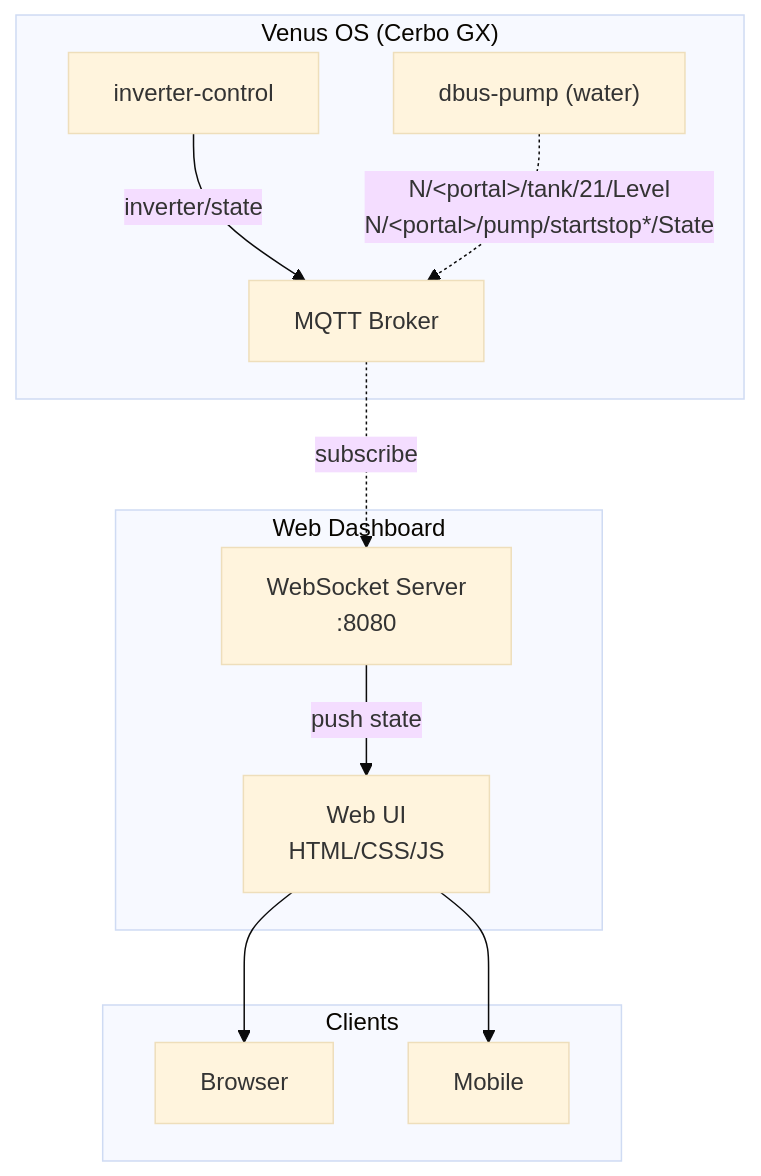
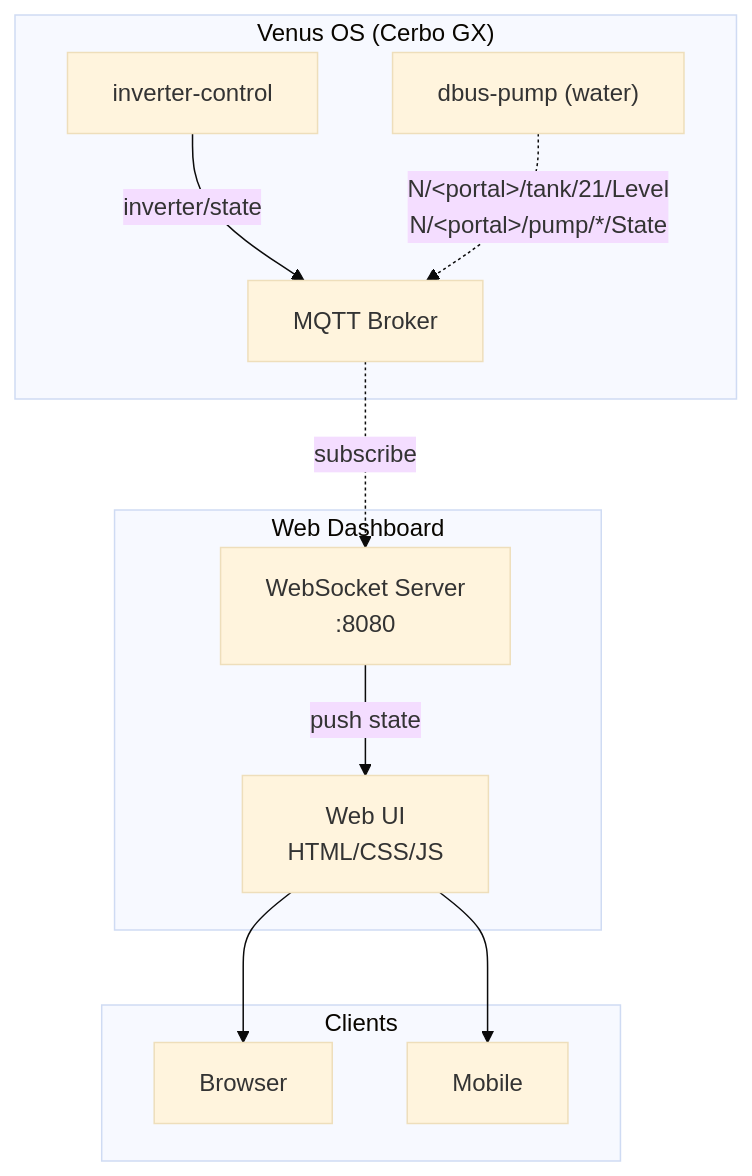
Before and after one commit to victron-venus/inverter-dashboard: the first of 2 diagrams in README.md, drawn with Mermaid (base theme). The commit also changed 4 other files, not shown here.

First line of the commit message:
fix(water): Venus MQTT bridges pump topics as pump/<instance>/State

````diff
--- a/README.md
+++ b/README.md
@@ -34,24 +34,24 @@
 ```mermaid
 flowchart TD
     subgraph Venus["Venus OS (Cerbo GX)"]
         INV["inverter-control"]
         DP["dbus-pump (water)"]
         MQTT["MQTT Broker"]
     end
 
     subgraph Dashboard["Web Dashboard"]
         WS["WebSocket Server<br/>:8080"]
         UI["Web UI<br/>HTML/CSS/JS"]
     end
 
     subgraph Clients["Clients"]
         BROWSER["Browser"]
         MOBILE["Mobile"]
     end
 
     INV -->|inverter/state| MQTT
-    DP -.->|"N/&lt;portal&gt;/tank/21/Level<br/>N/&lt;portal&gt;/pump/startstop*/State"| MQTT
+    DP -.->|"N/&lt;portal&gt;/tank/21/Level<br/>N/&lt;portal&gt;/pump/*/State"| MQTT
     MQTT -.->|subscribe| WS
     WS -->|push state| UI
     UI --> BROWSER & MOBILE
 ```
````
